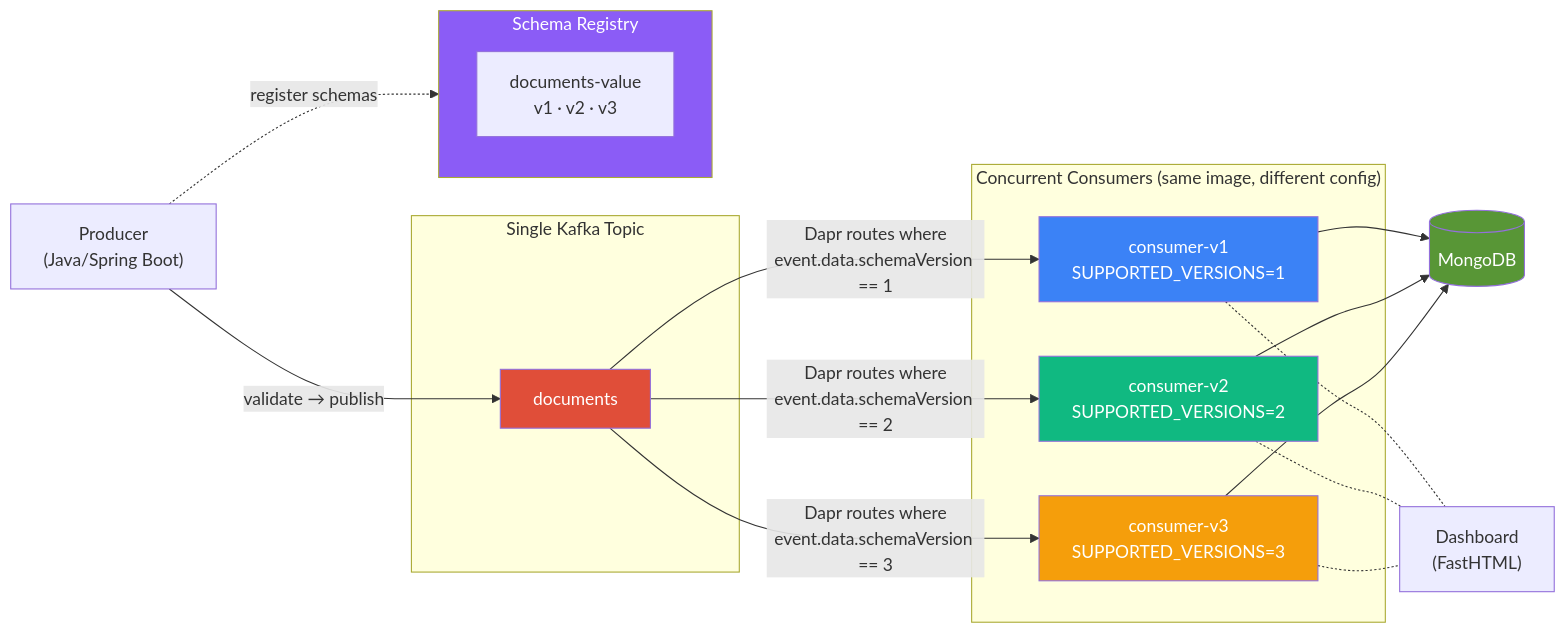
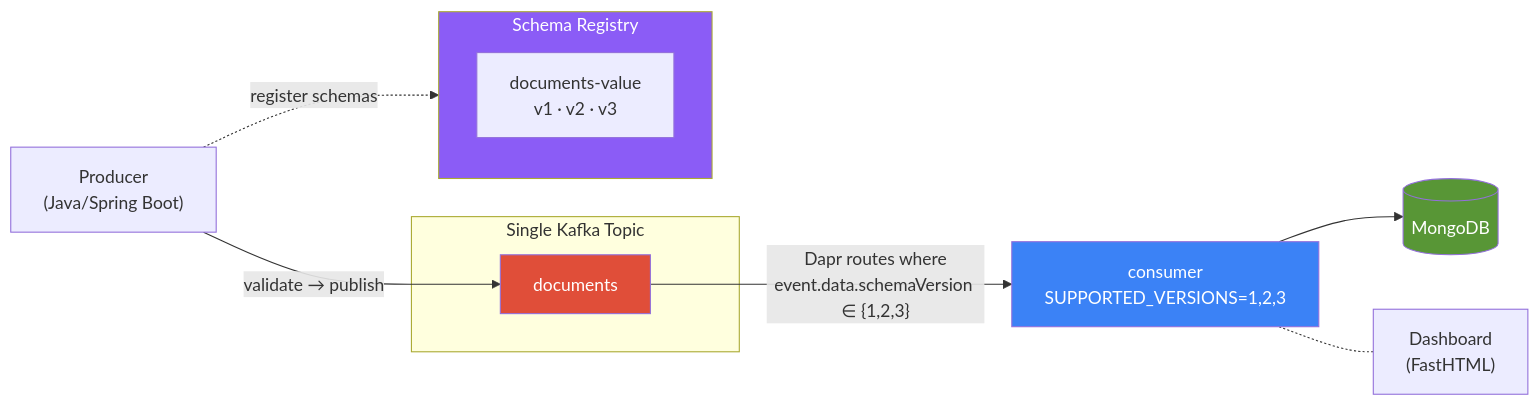
The first of 4 diagrams in README.md (righteouslabs/experiments-kubernetes), drawn with Mermaid before and after one commit. The commit also changed other lines of this file and 8 other files, not shown here.

First line of the commit message:
Replace 3 consumer deployments with single multi-version consumer + Knative

````diff
--- a/README.md
+++ b/README.md
@@ -14,40 +17,28 @@
 ```mermaid
 graph LR
     P["Producer<br/>(Java/Spring Boot)"]
 
     subgraph "Single Kafka Topic"
         T["documents"]
     end
 
     subgraph SR["Schema Registry"]
         SV["documents-value<br/>v1 · v2 · v3"]
     end
 
-    subgraph "Concurrent Consumers (same image, different config)"
-        C1["consumer-v1<br/>SUPPORTED_VERSIONS=1"]
-        C2["consumer-v2<br/>SUPPORTED_VERSIONS=2"]
-        C3["consumer-v3<br/>SUPPORTED_VERSIONS=3"]
-    end
+    C["consumer<br/>SUPPORTED_VERSIONS=1,2,3"]
 
     M[(MongoDB)]
     D["Dashboard<br/>(FastHTML)"]
 
     P -- "validate → publish" --> T
     P -. "register schemas" .-> SR
-    T -- "Dapr routes where<br/>event.data.schemaVersion == 1" --> C1
-    T -- "Dapr routes where<br/>event.data.schemaVersion == 2" --> C2
-    T -- "Dapr routes where<br/>event.data.schemaVersion == 3" --> C3
-    C1 --> M
-    C2 --> M
-    C3 --> M
-    C1 -.- D
-    C2 -.- D
-    C3 -.- D
+    T -- "Dapr routes where<br/>event.data.schemaVersion ∈ {1,2,3}" --> C
+    C --> M
+    C -.- D
 
     style T fill:#e04e39,color:#fff
     style SR fill:#8b5cf6,color:#fff
-    style C1 fill:#3b82f6,color:#fff
-    style C2 fill:#10b981,color:#fff
-    style C3 fill:#f59e0b,color:#fff
+    style C fill:#3b82f6,color:#fff
     style M fill:#589636,color:#fff
 ```
````
